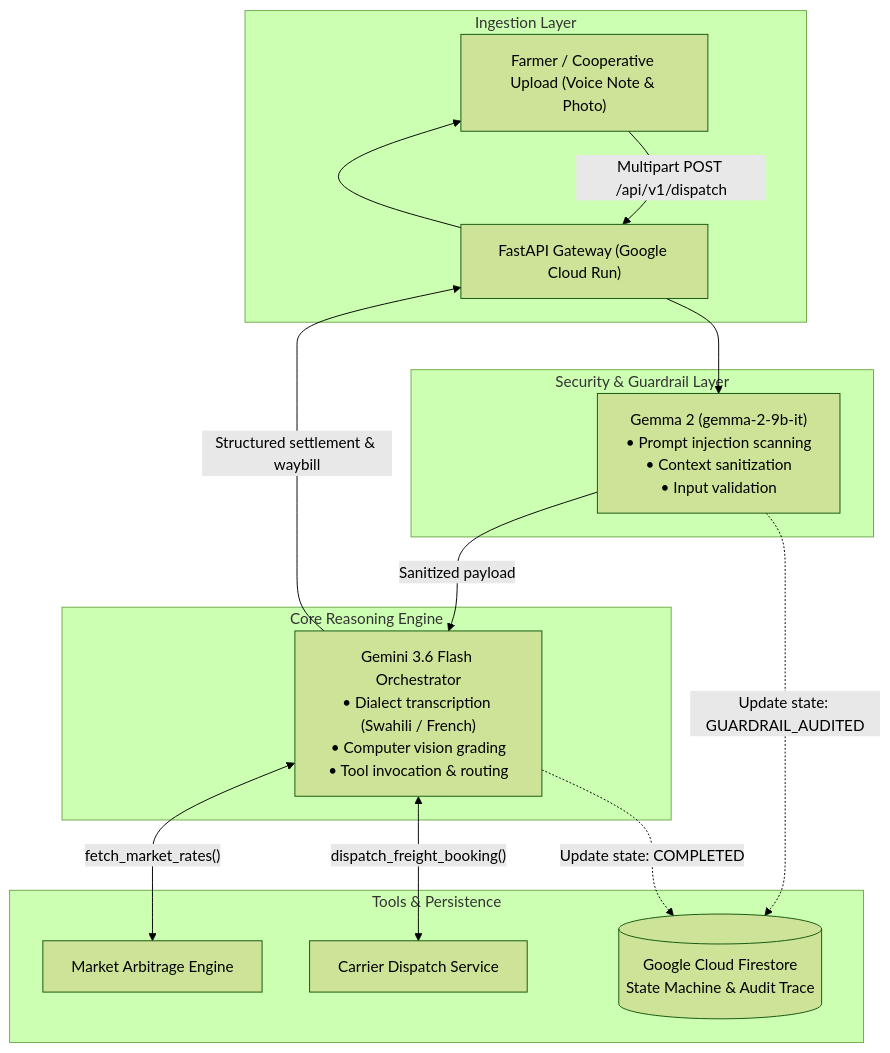
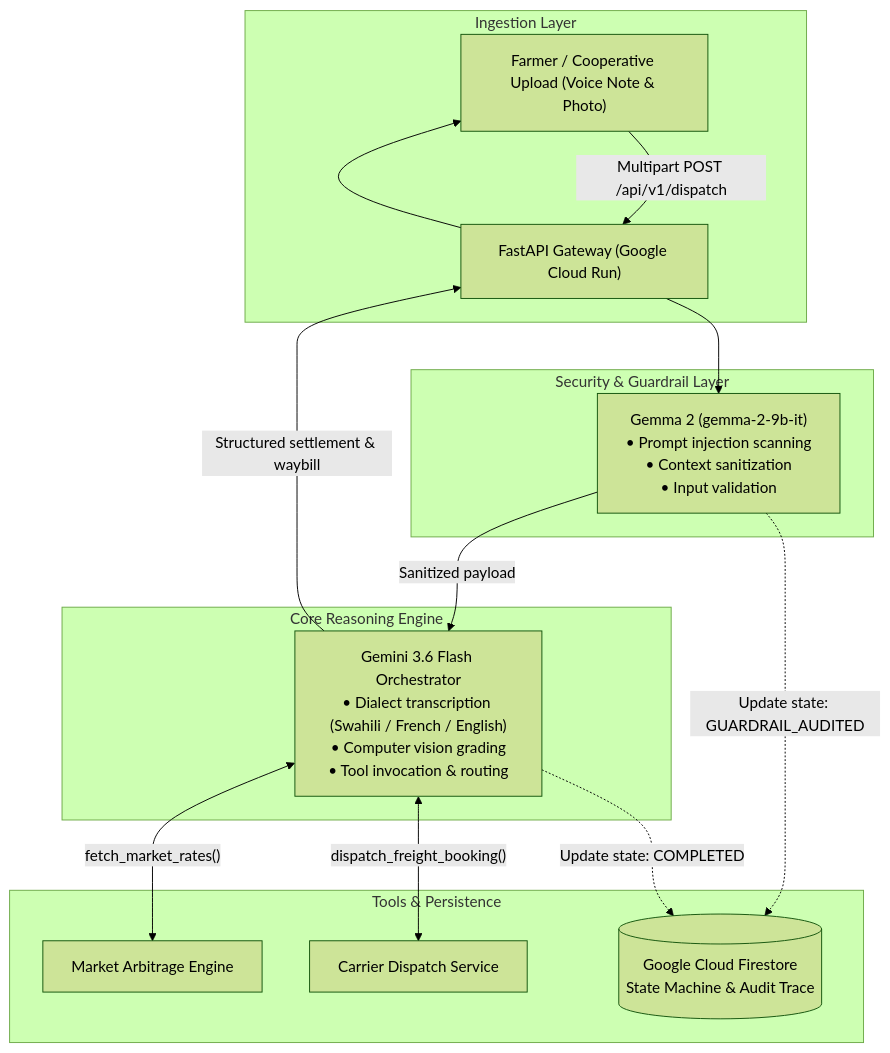
One commit to glosings0n/kilimo-agent changed the diagram in README.md. Above: the diagram before and after it, drawn with Mermaid (forest theme).

Commit message:
feat: README updated

````diff
--- a/README.md
+++ b/README.md
@@ -9,35 +9,35 @@
 ```mermaid
 flowchart TD
     subgraph Client ["Ingestion Layer"]
         USER["Farmer / Cooperative Upload (Voice Note & Photo)"]
         API["FastAPI Gateway (Google Cloud Run)"]
     end
 
     subgraph Security ["Security & Guardrail Layer"]
         GUARD["Gemma 2 (gemma-2-9b-it)\n• Prompt injection scanning\n• Context sanitization\n• Input validation"]
     end
 
     subgraph Orchestration ["Core Reasoning Engine"]
-        AGENT["Gemini 3.6 Flash Orchestrator\n• Dialect transcription (Swahili / French)\n• Computer vision grading\n• Tool invocation & routing"]
+        AGENT["Gemini 3.6 Flash Orchestrator\n• Dialect transcription (Swahili / French / English)\n• Computer vision grading\n• Tool invocation & routing"]
     end
 
     subgraph Execution ["Tools & Persistence"]
         TOOL_ARBITRAGE["Market Arbitrage Engine"]
         TOOL_FREIGHT["Carrier Dispatch Service"]
         DB[("Google Cloud Firestore\nState Machine & Audit Trace")]
     end
 
     USER -->|"Multipart POST /api/v1/dispatch"| API
     API --> GUARD
     GUARD -->|"Sanitized payload"| AGENT
     
     AGENT <-->|"fetch_market_rates()"| TOOL_ARBITRAGE
     AGENT <-->|"dispatch_freight_booking()"| TOOL_FREIGHT
     
     GUARD -.->|"Update state: GUARDRAIL_AUDITED"| DB
     AGENT -.->|"Update state: COMPLETED"| DB
     
     AGENT -->|"Structured settlement & waybill"| API
     API --> USER
 
 ```
````
